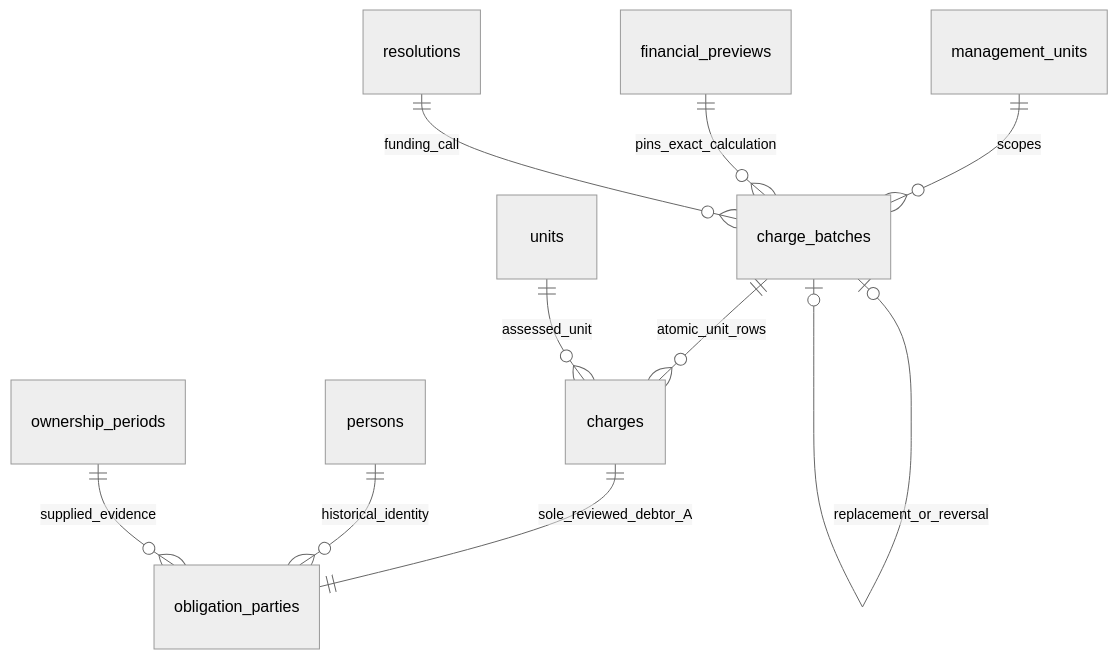
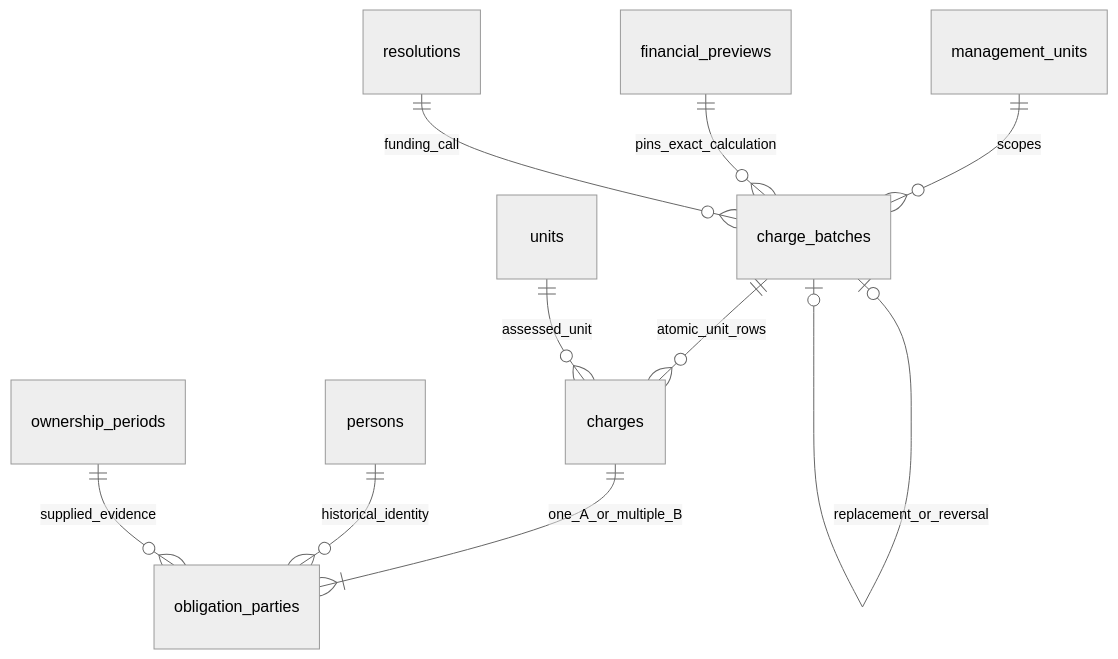
Before and after one commit to ilopolo/PropertyHub: the first of 10 diagrams in docs/public/ARCHITECTURE.md, drawn with Mermaid (neutral theme). The commit also changed other lines of this file and 13 other files, not shown here.

````diff
--- a/docs/public/ARCHITECTURE.md
+++ b/docs/public/ARCHITECTURE.md
@@ -34,12 +34,12 @@
 ```mermaid
 erDiagram
     management_units ||--o{ charge_batches : scopes
     financial_previews ||--o{ charge_batches : pins_exact_calculation
     resolutions ||--o{ charge_batches : funding_call
     charge_batches ||--o{ charges : atomic_unit_rows
     units ||--o{ charges : assessed_unit
-    charges ||--|| obligation_parties : sole_reviewed_debtor_A
+    charges ||--|{ obligation_parties : one_A_or_multiple_B
     persons ||--o{ obligation_parties : historical_identity
     ownership_periods ||--o{ obligation_parties : supplied_evidence
     charge_batches o|--o| charge_batches : replacement_or_reversal
 ```
````
